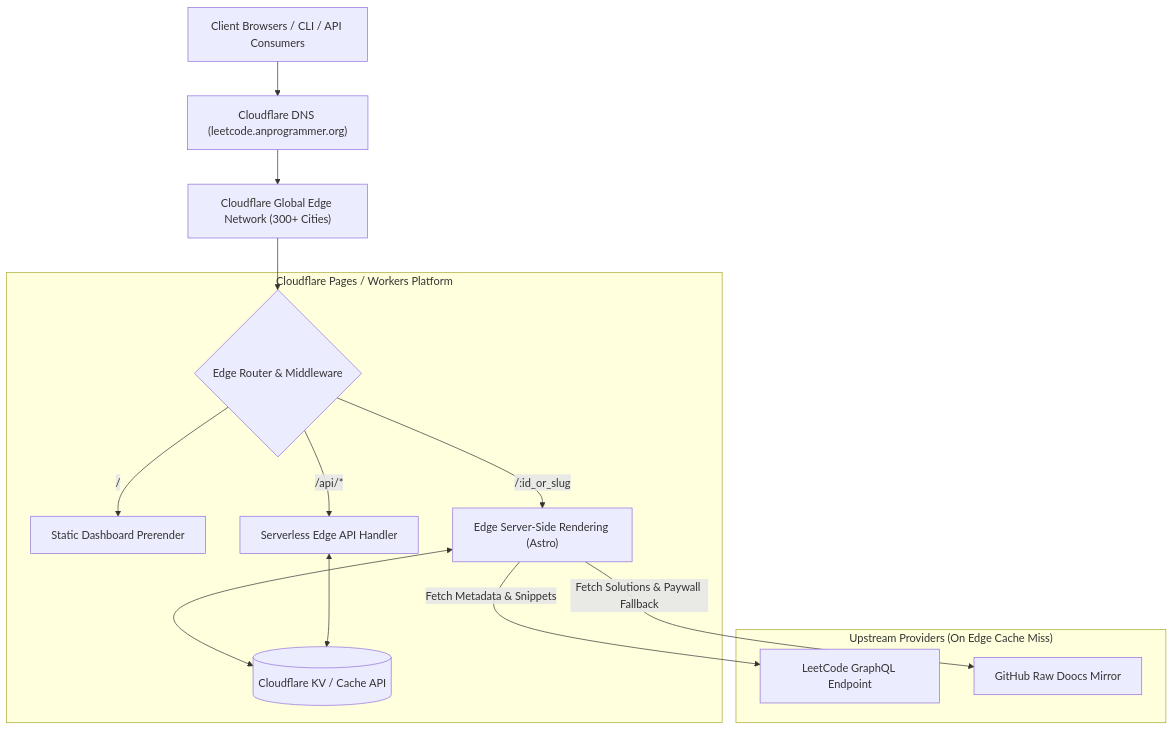
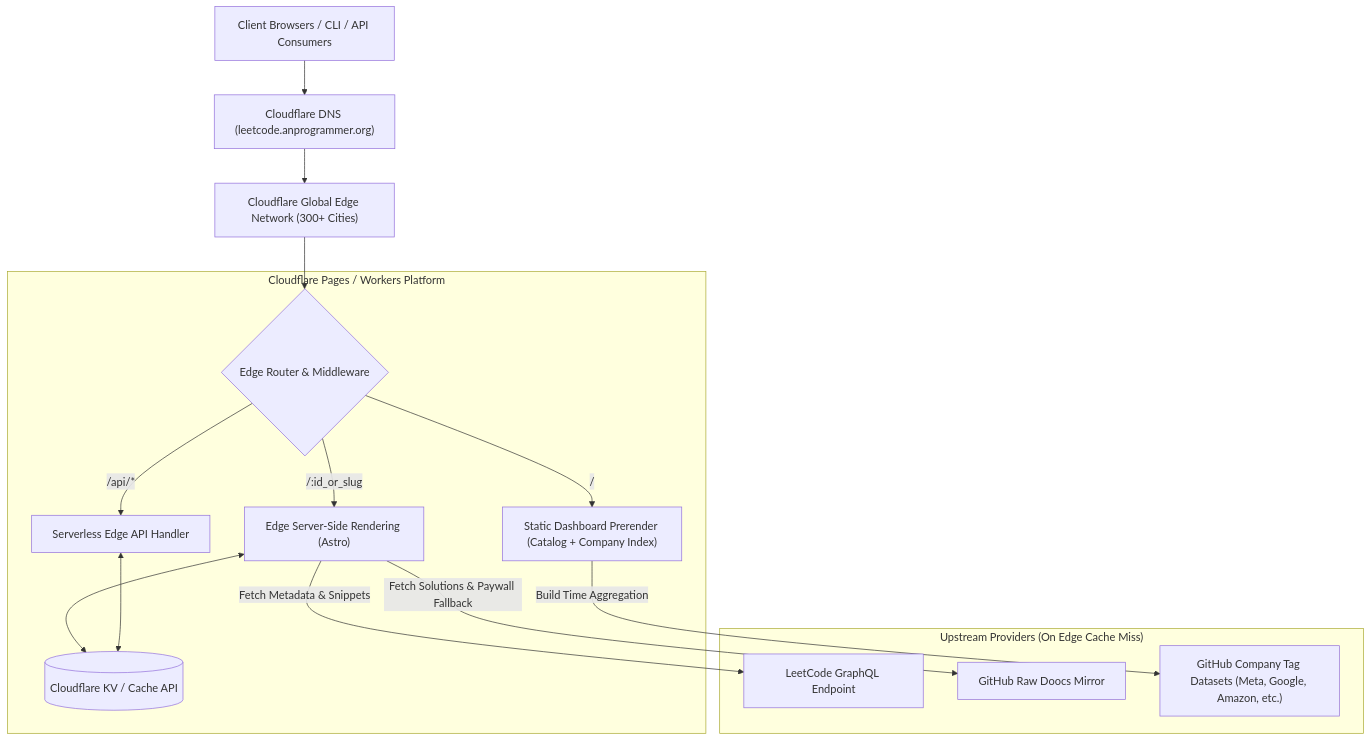
Before and after one commit to dev-ansung/leetbank: the diagram in docs/hld.md, drawn with Mermaid. The commit also changed other lines of this file and 3 other files, not shown here.

Commit message:
docs(spec): expand CUJ, data flow, HLD, and LLD with company tags and recency windows

````diff
--- a/docs/hld.md
+++ b/docs/hld.md
@@ -9,25 +9,27 @@
 ```mermaid
 flowchart TD
     Client["Client Browsers / CLI / API Consumers"] --> DNS["Cloudflare DNS (leetcode.anprogrammer.org)"]
     DNS --> Edge["Cloudflare Global Edge Network (300+ Cities)"]
     
     subgraph CloudflarePlatform["Cloudflare Pages / Workers Platform"]
         Router{"Edge Router & Middleware"}
         
-        Router -->|"/"| StaticPrerender["Static Dashboard Prerender"]
+        Router -->|"/"| StaticPrerender["Static Dashboard Prerender (Catalog + Company Index)"]
         Router -->|"/:id_or_slug"| EdgeSSR["Edge Server-Side Rendering (Astro)"]
         Router -->|"/api/*"| EdgeAPI["Serverless Edge API Handler"]
         
         EdgeSSR <--> EdgeKV[("Cloudflare KV / Cache API")]
         EdgeAPI <--> EdgeKV
     end
     
     subgraph UpstreamProviders["Upstream Providers (On Edge Cache Miss)"]
         LC_GQL["LeetCode GraphQL Endpoint"]
         DoocsMirror["GitHub Raw Doocs Mirror"]
+        CompanyData["GitHub Company Tag Datasets (Meta, Google, Amazon, etc.)"]
     end
     
     Edge --> Router
     EdgeSSR -->|"Fetch Metadata & Snippets"| LC_GQL
     EdgeSSR -->|"Fetch Solutions & Paywall Fallback"| DoocsMirror
+    StaticPrerender -->|"Build Time Aggregation"| CompanyData
 ```
````
